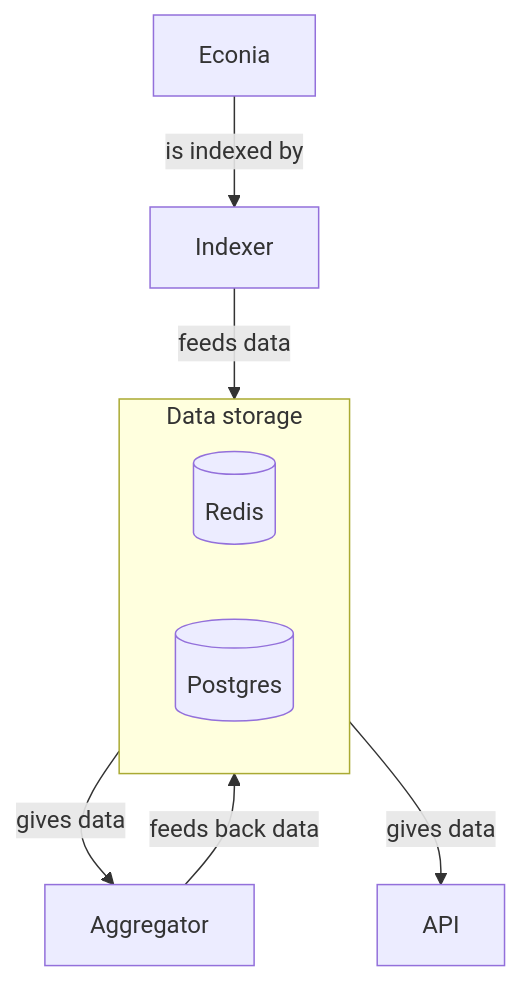
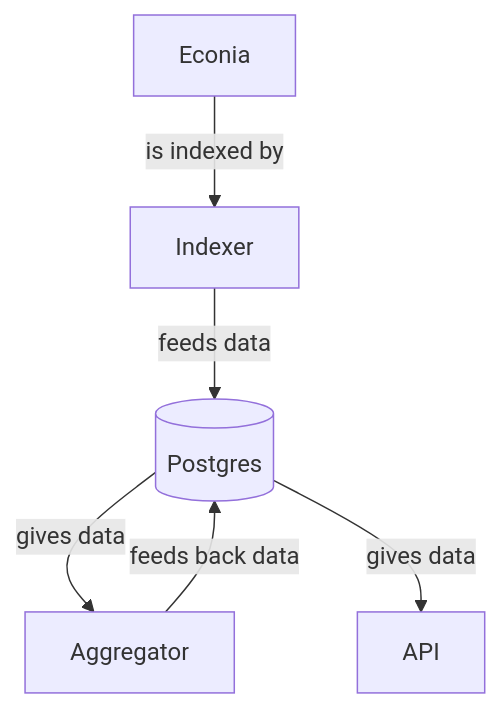
Before and after one commit to econia-labs/econia: the diagram in src/rust/aggregator/README.md, drawn with Mermaid. The commit also changed other lines of this file, not shown here.

Commit message:
update aggregator readme

````diff
--- a/src/rust/aggregator/README.md
+++ b/src/rust/aggregator/README.md
@@ -8,16 +26,13 @@
 ```mermaid
 flowchart TD
     contract[Econia]
     indexer[Indexer]
     aggregator[Aggregator]
     api[API]
-    subgraph datastorage[Data storage]
-    redis[(Redis)]
     db[(Postgres)]
-    end
     contract -- is indexed by --> indexer
-    indexer -- feeds data --> datastorage
-    datastorage -- gives data --> aggregator
-    aggregator -- feeds back data --> datastorage
-    datastorage -- gives data --> api
+    indexer -- feeds data --> db
+    db -- gives data --> aggregator
+    aggregator -- feeds back data --> db
+    db -- gives data --> api
 ```
````
